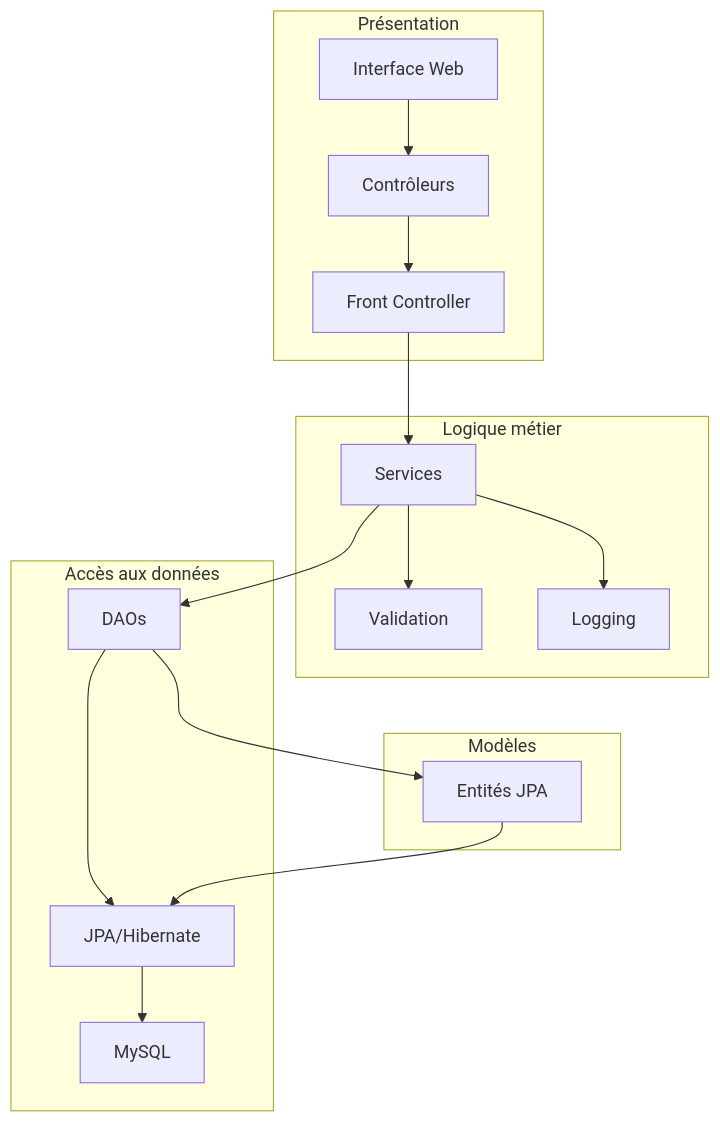
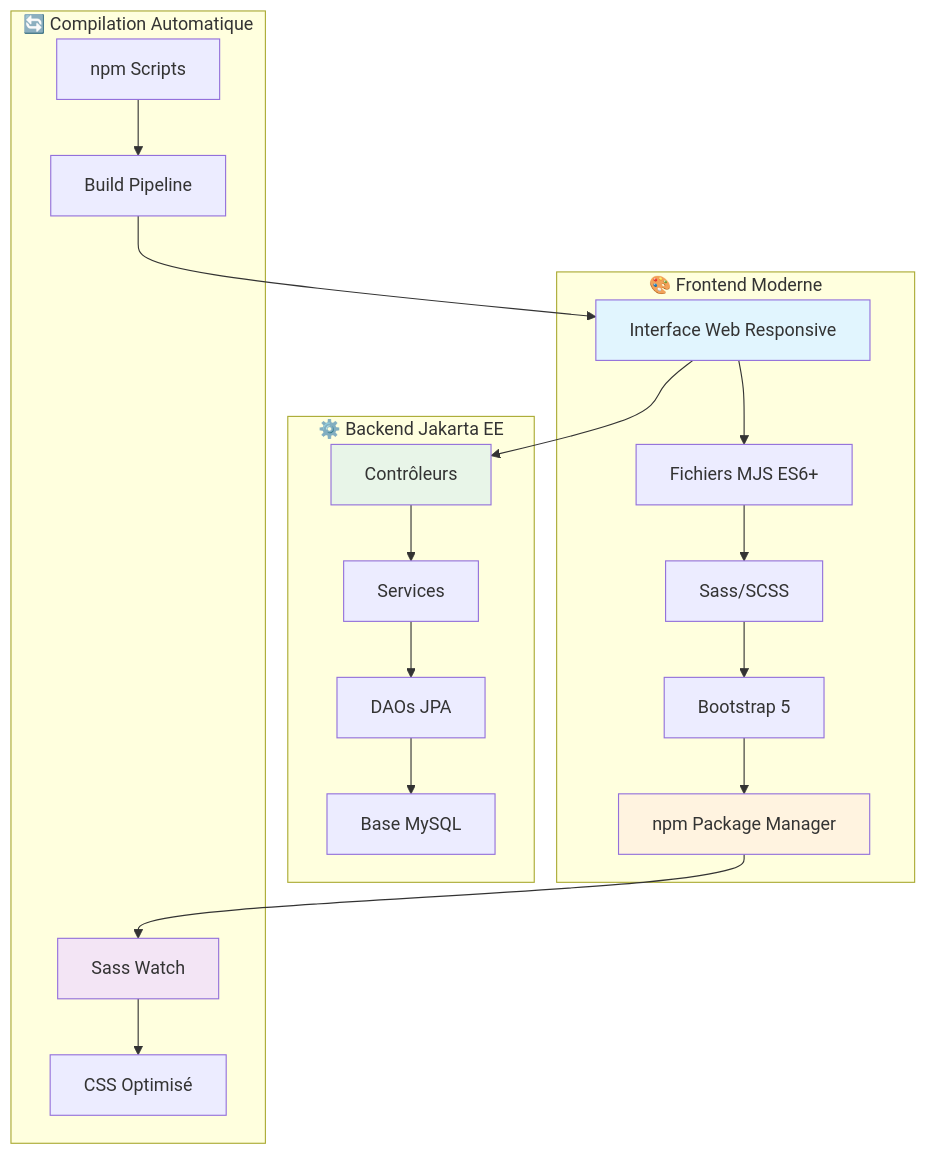
Before and after one commit to yglsan2/CliprocoFrontJava: the first of 4 diagrams in README.md, drawn with Mermaid. The commit also changed other lines of this file and 99 other files, not shown here.

Commit message:
dernières vérifications, tests unitaires ok, CRUDS ok, météo ok, géolocalisation ok, scss ok, npm ok, tomcat ok

````diff
--- a/README.md
+++ b/README.md
@@ -47,26 +63,29 @@
 ```mermaid
 graph TB
-    subgraph "Présentation"
-        A[Interface Web] --> B[Contrôleurs]
-        B --> C[Front Controller]
+    subgraph "🎨 Frontend Moderne"
+        A[Interface Web Responsive] --> B[Fichiers MJS ES6+]
+        B --> C[Sass/SCSS]
+        C --> D[Bootstrap 5]
+        D --> E[npm Package Manager]
     end
     
-    subgraph "Logique métier"
-        D[Services] --> E[Validation]
-        D --> F[Logging]
+    subgraph "⚙️ Backend Jakarta EE"
+        F[Contrôleurs] --> G[Services]
+        G --> H[DAOs JPA]
+        H --> I[Base MySQL]
     end
     
-    subgraph "Accès aux données"
-        G[DAOs] --> H[JPA/Hibernate]
-        H --> I[MySQL]
+    subgraph "🔄 Compilation Automatique"
+        J[Sass Watch] --> K[CSS Optimisé]
+        L[npm Scripts] --> M[Build Pipeline]
     end
     
-    subgraph "Modèles"
-        J[Entités JPA]
-    end
+    A --> F
+    E --> J
+    M --> A
     
-    C --> D
-    D --> G
-    G --> J
-    J --> H
+    style A fill:#e1f5fe
+    style E fill:#fff3e0
+    style J fill:#f3e5f5
+    style F fill:#e8f5e8
 ```
````
